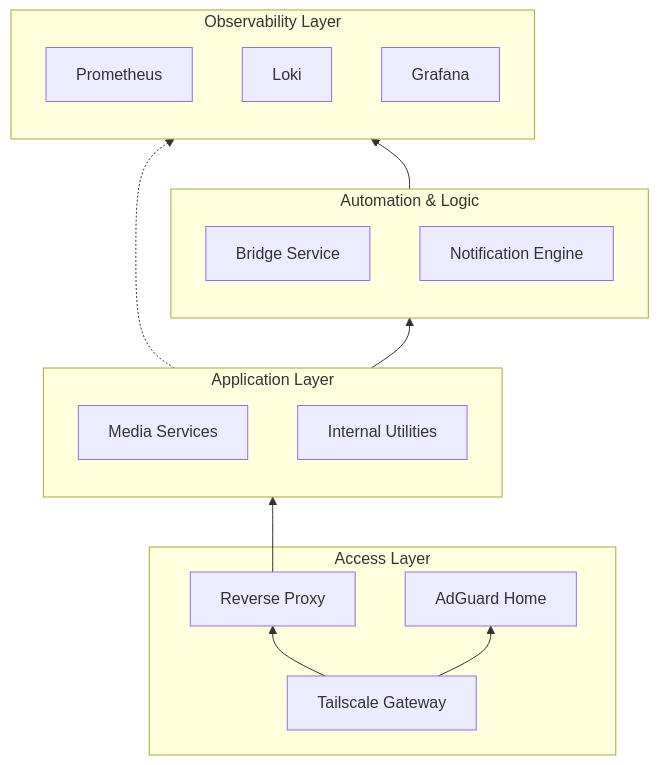
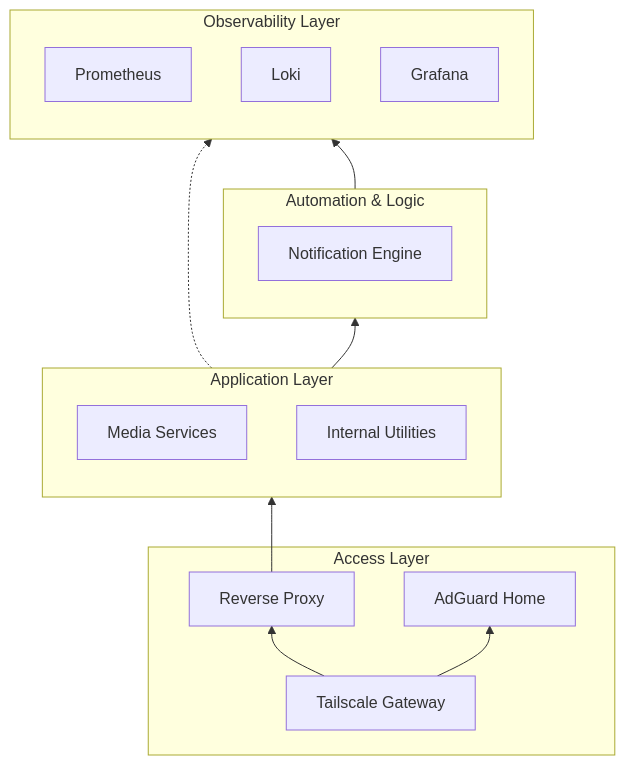
One commit to homelab-hq/docs changed the first of 2 diagrams in docs/infrastructure/overview.md. Above: the diagram before and after it, drawn with Mermaid. The commit also changed other lines of this file and 18 other files, not shown here.

````diff
--- a/docs/infrastructure/overview.md
+++ b/docs/infrastructure/overview.md
@@ -22,31 +22,30 @@
 ```mermaid
 graph BT
     subgraph AppLayer [Application Layer]
         Media[Media Services]
         Utility[Internal Utilities]
     end
 
     subgraph LogicLayer [Automation & Logic]
-        Bridge[Bridge Service]
         Apprise[Notification Engine]
     end
 
     subgraph DataLayer [Observability Layer]
         Metrics[Prometheus]
         Logs[Loki]
         Dash[Grafana]
     end
 
     subgraph GateLayer [Access Layer]
         VPN[Tailscale Gateway]
         Proxy[Reverse Proxy]
         DNS[AdGuard Home]
     end
 
     VPN --> Proxy
     VPN --> DNS
     Proxy --> AppLayer
     AppLayer --> LogicLayer
     AppLayer -.-> DataLayer
     LogicLayer --> DataLayer
 ```
````
